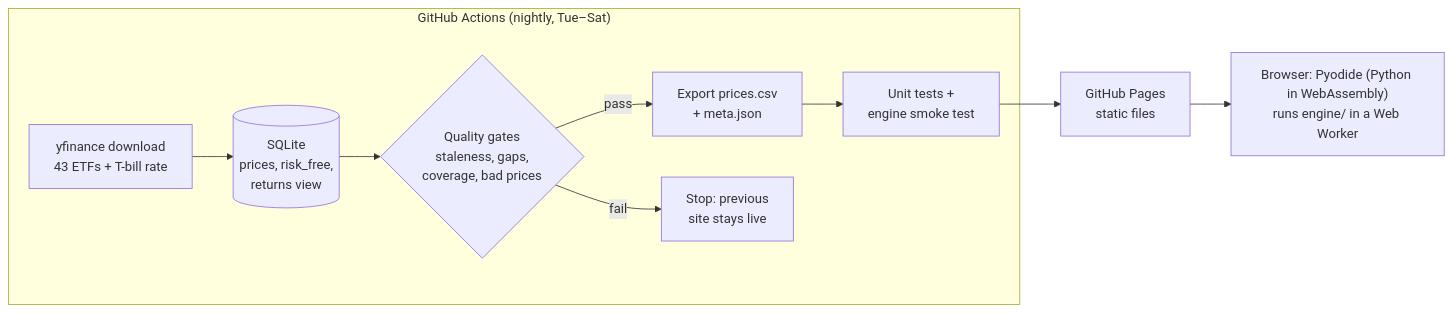
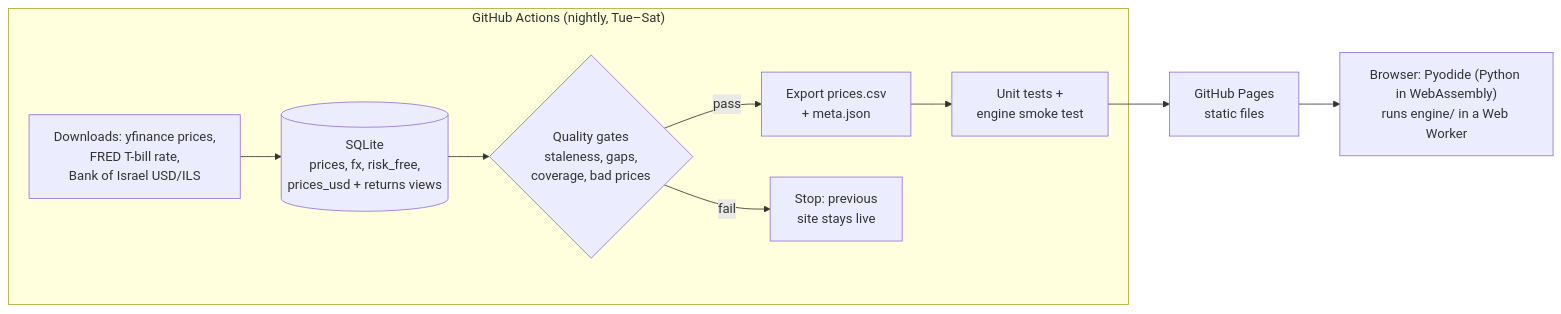
The diagram in README.md (amitbahar/portfolio-construction), drawn with Mermaid before and after one commit. The commit also changed other lines of this file and 13 other files, not shown here.

````diff
--- a/README.md
+++ b/README.md
@@ -33,12 +33,12 @@
 ```mermaid
 flowchart LR
     subgraph Actions["GitHub Actions (nightly, Tue–Sat)"]
-        A[yfinance download<br/>43 ETFs + T-bill rate] --> B[(SQLite<br/>prices, risk_free,<br/>returns view)]
+        A[Downloads: yfinance prices,<br/>FRED T-bill rate,<br/>Bank of Israel USD/ILS] --> B[(SQLite<br/>prices, fx, risk_free,<br/>prices_usd + returns views)]
         B --> C{Quality gates<br/>staleness, gaps,<br/>coverage, bad prices}
         C -- pass --> D[Export prices.csv<br/>+ meta.json]
         D --> T[Unit tests +<br/>engine smoke test]
         C -- fail --> X[Stop: previous<br/>site stays live]
     end
     T --> P[GitHub Pages<br/>static files]
     P --> W["Browser: Pyodide (Python in WebAssembly)<br/>runs engine/ in a Web Worker"]
 ```
````
